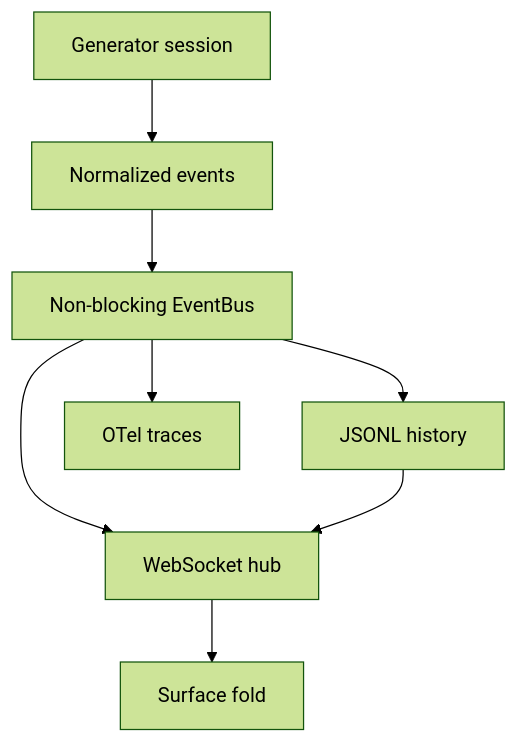
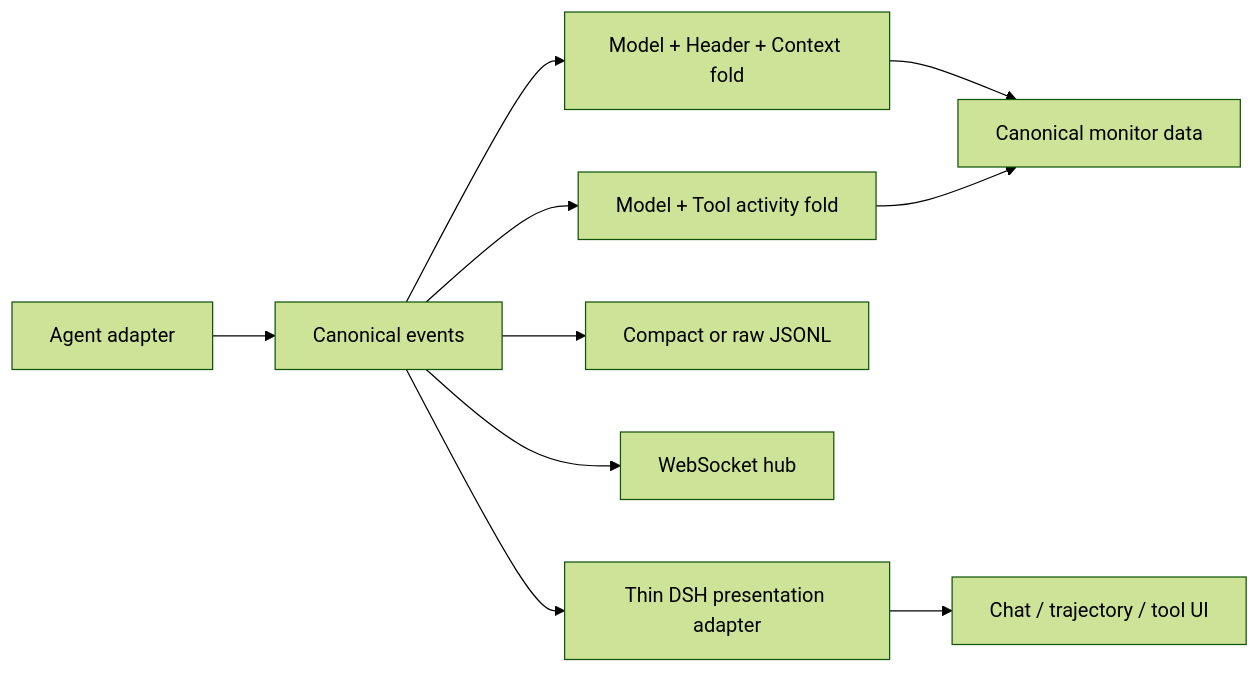
One commit to Delva0/gh-puller changed the diagram in docs/agent-monitor.md. Above: the diagram before and after it, drawn with Mermaid (forest theme). The commit also changed other lines of this file and 31 other files, not shown here.

Commit message:
refactor(agent): rebuild replayable events and monitor

````diff
--- a/docs/agent-monitor.md
+++ b/docs/agent-monitor.md
@@ -18,10 +20,12 @@
 ```mermaid
-flowchart TD
-    Generator[Generator session] --> Recorder[Normalized events]
-    Recorder --> Bus[Non-blocking EventBus]
-    Bus --> File[JSONL history]
-    Bus --> Hub[WebSocket hub]
-    Bus --> Trace[OTel traces]
-    File --> Hub
-    Hub --> Viewer[Surface fold]
+flowchart LR
+    Adapter[Agent adapter] --> Events[Canonical events]
+    Events --> State[Model + Header + Context fold]
+    Events --> Activity[Model + Tool activity fold]
+    Events --> File[Compact or raw JSONL]
+    Events --> Hub[WebSocket hub]
+    State --> NativeView[Canonical monitor data]
+    Activity --> NativeView
+    Events --> UIAdapter[Thin DSH presentation adapter]
+    UIAdapter --> UI[Chat / trajectory / tool UI]
 ```
````
